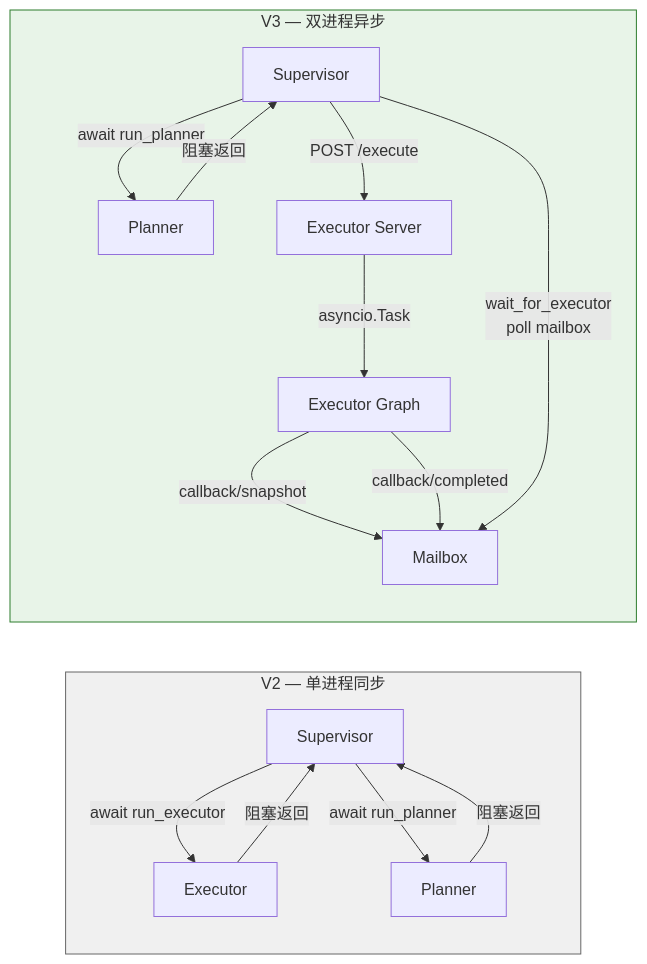
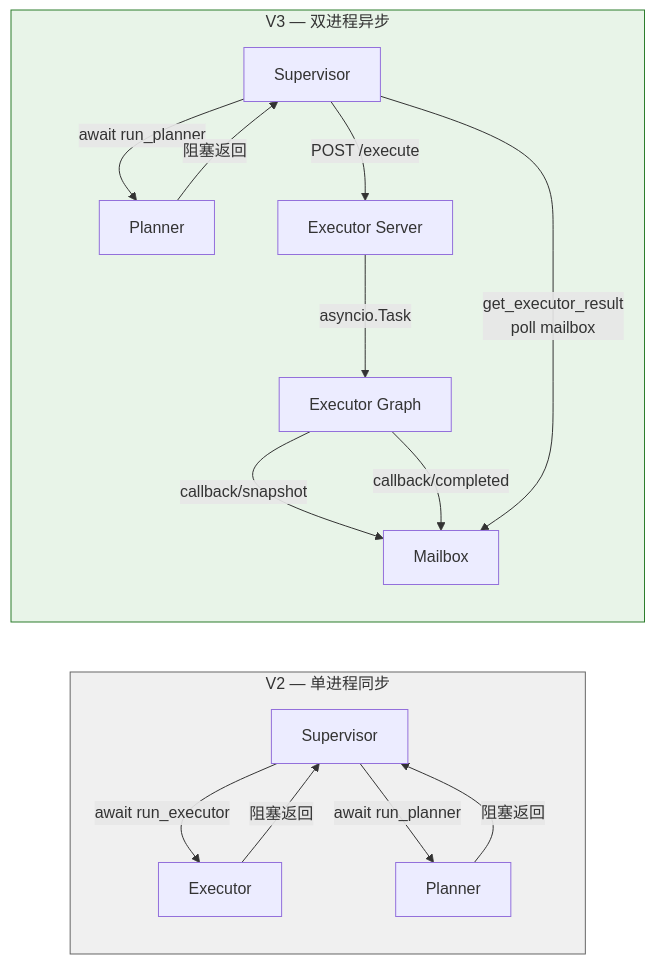
The seventh of 9 diagrams in docs/v3-architecture-diagrams.md (Tlaven/agent-triad), drawn with Mermaid before and after one commit. The commit also changed other lines of this file and 10 other files, not shown here.

First line of the commit message:
feat: V3 lifecycle integration + architecture gap remediation (G1-G7)

````diff
--- a/docs/v3-architecture-diagrams.md
+++ b/docs/v3-architecture-diagrams.md
@@ -237,23 +237,23 @@
 ```mermaid
 flowchart LR
     subgraph V2["V2 — 单进程同步"]
         V2_SM[Supervisor] -->|await run_executor| V2_EG[Executor]
         V2_EG -->|阻塞返回| V2_SM
         V2_SM -->|await run_planner| V2_PG[Planner]
         V2_PG -->|阻塞返回| V2_SM
     end
 
     subgraph V3["V3 — 双进程异步"]
         V3_SM[Supervisor] -->|await run_planner| V3_PG[Planner]
         V3_PG -->|阻塞返回| V3_SM
 
         V3_SM -->|"POST /execute"| V3_ES[Executor Server]
         V3_ES -->|asyncio.Task| V3_EG[Executor Graph]
         V3_EG -->|"callback/snapshot"| V3_MB[Mailbox]
         V3_EG -->|"callback/completed"| V3_MB
-        V3_SM -->|"wait_for_executor<br/>poll mailbox"| V3_MB
+        V3_SM -->|"get_executor_result<br/>poll mailbox"| V3_MB
     end
 
     style V2 fill:#f0f0f0,stroke:#666
     style V3 fill:#e8f4e8,stroke:#2d7d2d
 ```
````
